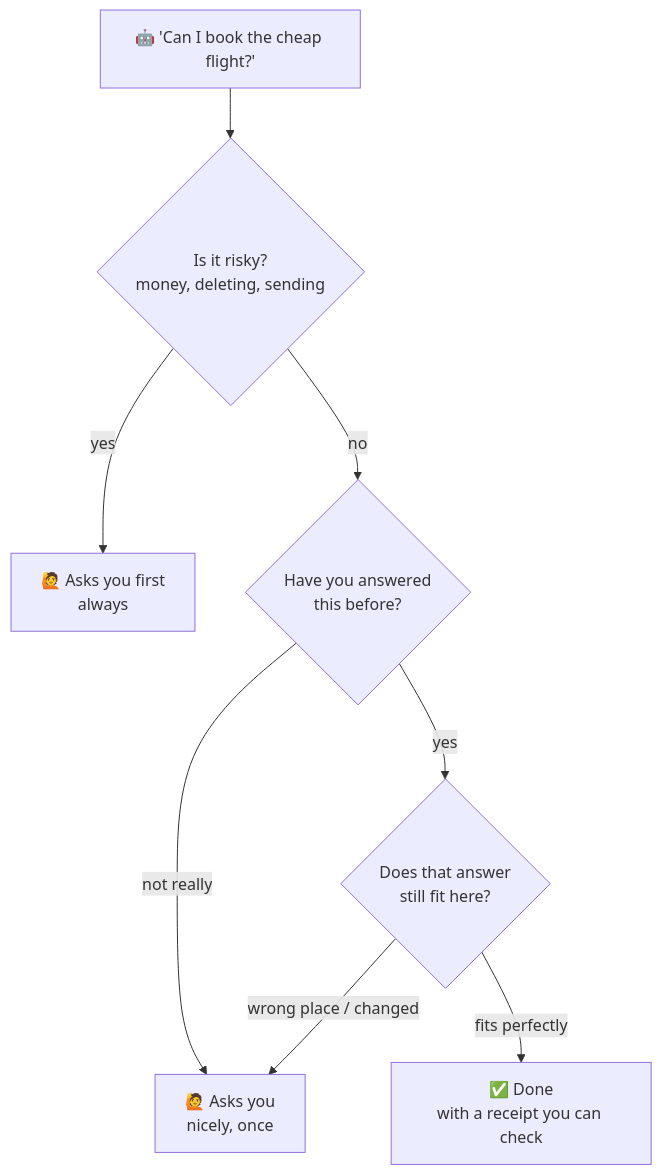
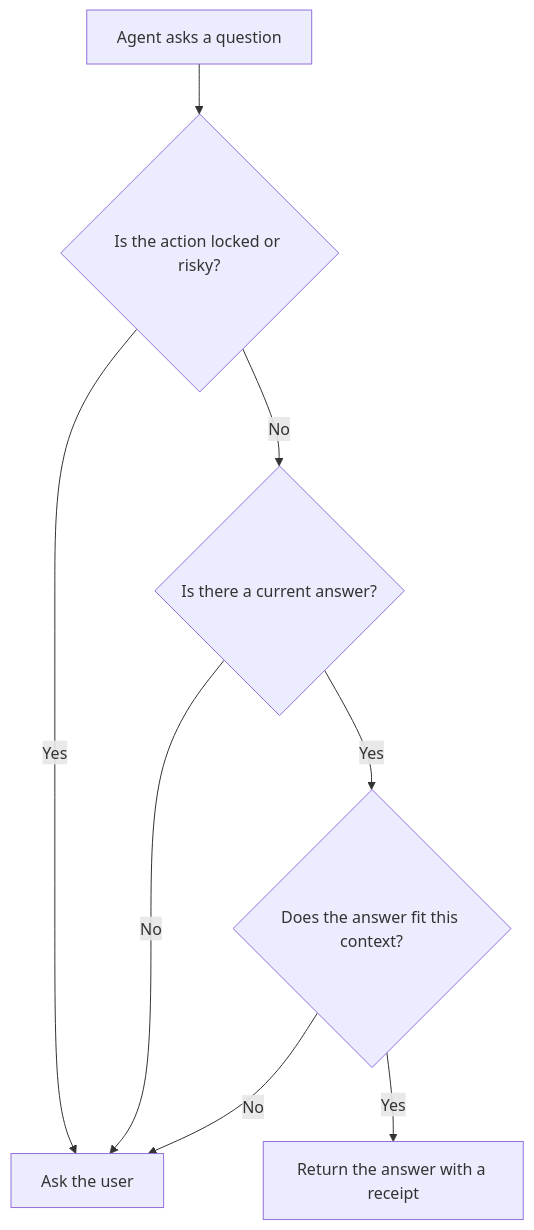
One commit to KanishkNoir/SwitchBoard changed the fifth of 7 diagrams in README.md. Above: the diagram before and after it, drawn with Mermaid. The commit also changed other lines of this file and 9 other files, not shown here.

````diff
--- a/README.md
+++ b/README.md
@@ -91,10 +79,10 @@
 ```mermaid
 flowchart TD
-    Q[🤖 'Can I book the cheap flight?'] --> SAFE{Is it risky?<br/>money, deleting, sending}
-    SAFE -->|yes| YOU1[🙋 Asks you first<br/>always]
-    SAFE -->|no| KNOW{Have you answered<br/>this before?}
-    KNOW -->|not really| YOU2[🙋 Asks you<br/>nicely, once]
-    KNOW -->|yes| FIT{Does that answer<br/>still fit here?}
-    FIT -->|wrong place / changed| YOU2
-    FIT -->|fits perfectly| GO[✅ Done<br/>with a receipt you can check]
+    Q[Agent asks a question] --> SAFE{Is the action locked or risky?}
+    SAFE -->|Yes| HUMAN[Ask the user]
+    SAFE -->|No| MATCH{Is there a current answer?}
+    MATCH -->|No| HUMAN
+    MATCH -->|Yes| SCOPE{Does the answer fit this context?}
+    SCOPE -->|No| HUMAN
+    SCOPE -->|Yes| USE[Return the answer with a receipt]
 ```
````
